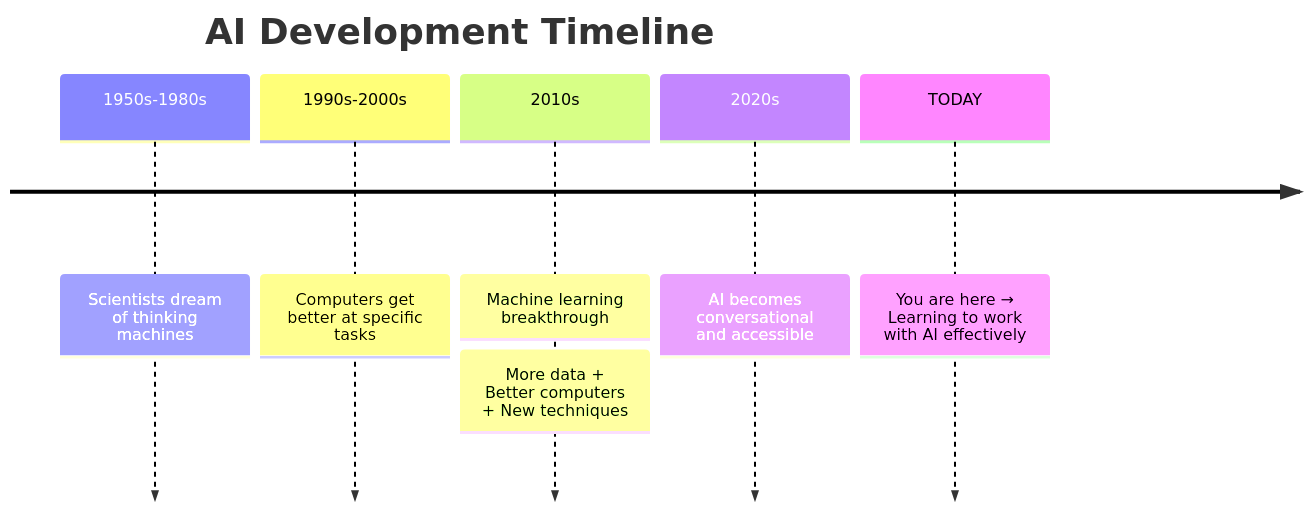
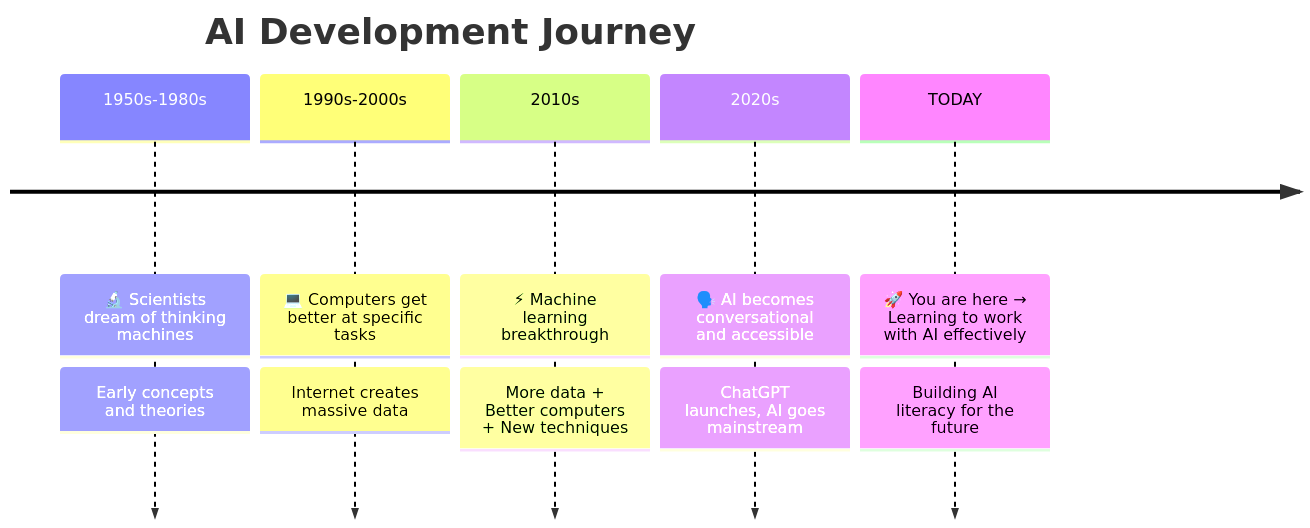
Before and after one commit to ninabrenes/ai-for-normal-people: the first of 3 diagrams in ai-basics.md, drawn with Mermaid. The commit also changed other lines of this file, not shown here.

````diff
--- a/ai-basics.md
+++ b/ai-basics.md
@@ -77,10 +77,14 @@
 ```mermaid
 timeline
-    title AI Development Timeline
-    1950s-1980s : Scientists dream of thinking machines
-    1990s-2000s : Computers get better at specific tasks
-    2010s       : Machine learning breakthrough
+    title AI Development Journey
+    1950s-1980s : 🔬 Scientists dream of thinking machines
+                : Early concepts and theories
+    1990s-2000s : 💻 Computers get better at specific tasks  
+                : Internet creates massive data
+    2010s       : ⚡ Machine learning breakthrough
                 : More data + Better computers + New techniques
-    2020s       : AI becomes conversational and accessible
-    TODAY       : You are here → Learning to work with AI effectively
+    2020s       : 🗣️ AI becomes conversational and accessible
+                : ChatGPT launches, AI goes mainstream
+    TODAY       : 🚀 You are here → Learning to work with AI effectively
+                : Building AI literacy for the future
 ```
````
